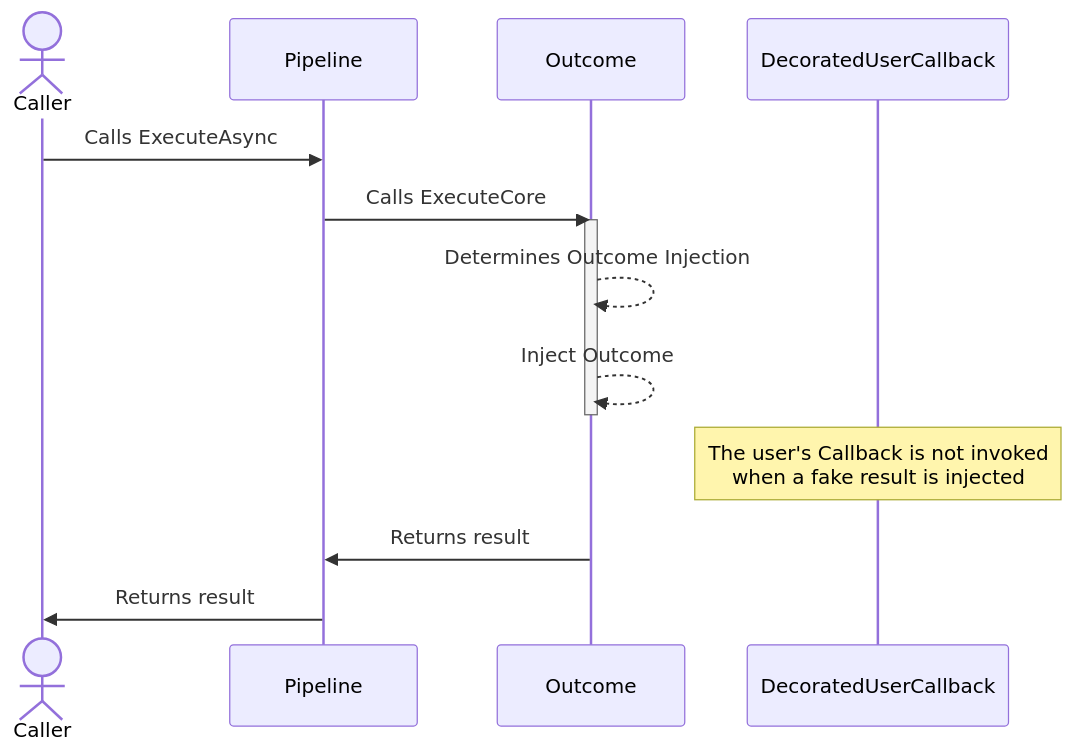
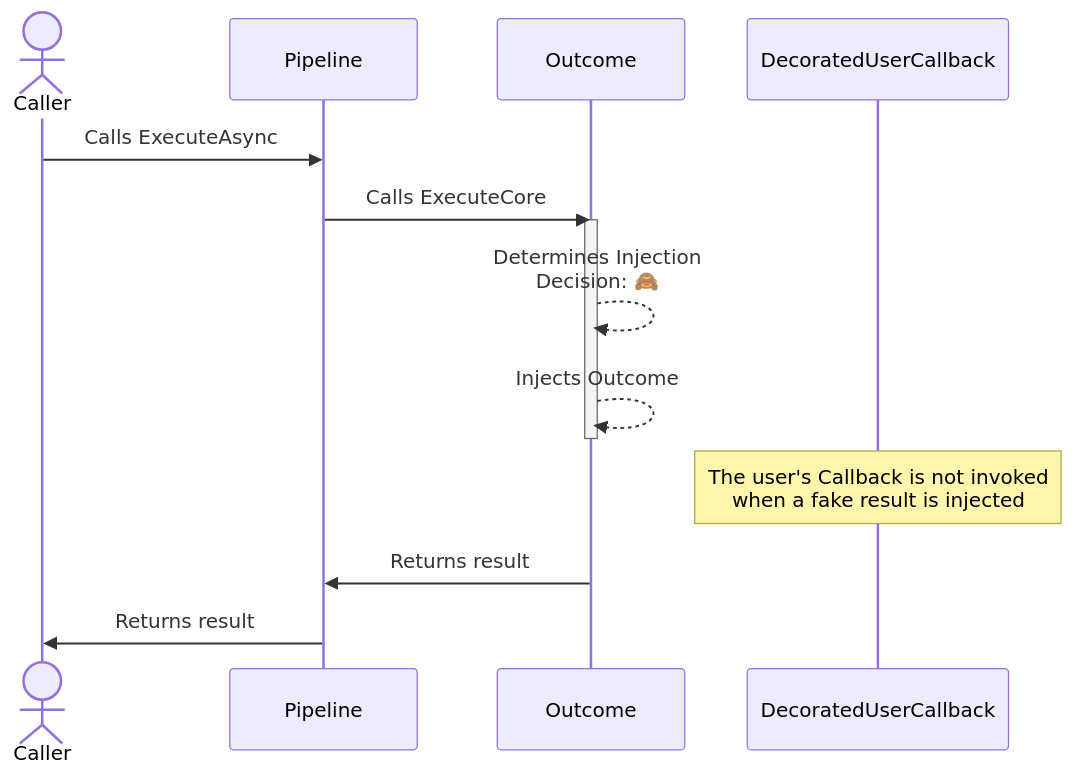
Before and after one commit to App-vNext/Polly: the second of 2 diagrams in docs/chaos/result.md, drawn with Mermaid. The commit also changed other lines of this file and 3 other files, not shown here.

````diff
--- a/docs/chaos/result.md
+++ b/docs/chaos/result.md
@@ -125,17 +125,17 @@
 ```mermaid
 sequenceDiagram
     actor C as Caller
     participant P as Pipeline
     participant B as Outcome
     participant D as DecoratedUserCallback
 
     C->>P: Calls ExecuteAsync
     P->>B: Calls ExecuteCore
     activate B
-    B-->>B: Determines Outcome Injection
-    B-->>B: Inject Outcome
+    B-->>B: Determines Injection<br/>Decision: 🙈
+    B-->>B: Injects Outcome
     deactivate B
     Note over D: The user's Callback is not invoked<br/>when a fake result is injected
     B->>P: Returns result
     P->>C: Returns result
 ```
````
